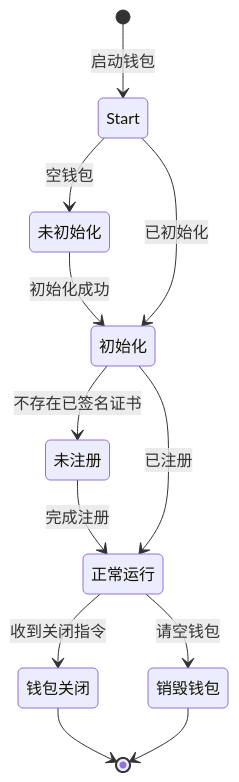
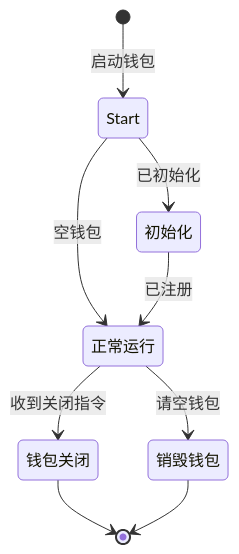
Before and after one commit to Curdata-project/Curdata: the first of 3 diagrams in rfcs/RFC0008 钱包服务框架.md, drawn with Mermaid.

Commit message:
change state machine of wallet

````diff
--- a/rfcs/RFC0008 钱包服务框架.md
+++ b/rfcs/RFC0008 钱包服务框架.md
@@ -49,23 +49,18 @@
 ```mermaid
 stateDiagram
-	StoreUninital: 未初始化
-	Unregistered: 未注册
 	Ready: 正常运行
 	Close: 钱包关闭
 	Destory: 销毁钱包
 	StoreInitaled: 初始化
 	
 	[*] --> Start: 启动钱包
-	Start --> StoreUninital: 空钱包
-	StoreUninital --> StoreInitaled: 初始化成功
-	StoreInitaled --> Unregistered: 不存在已签名证书
-	Unregistered --> Ready: 完成注册
+	Start --> Ready: 空钱包
 	Ready --> Close: 收到关闭指令
 	Ready --> Destory: 请空钱包
 	Close --> [*]
 	Destory --> [*]
 	
 	Start --> StoreInitaled: 已初始化
 	
 	StoreInitaled --> Ready: 已注册
 ```
````
